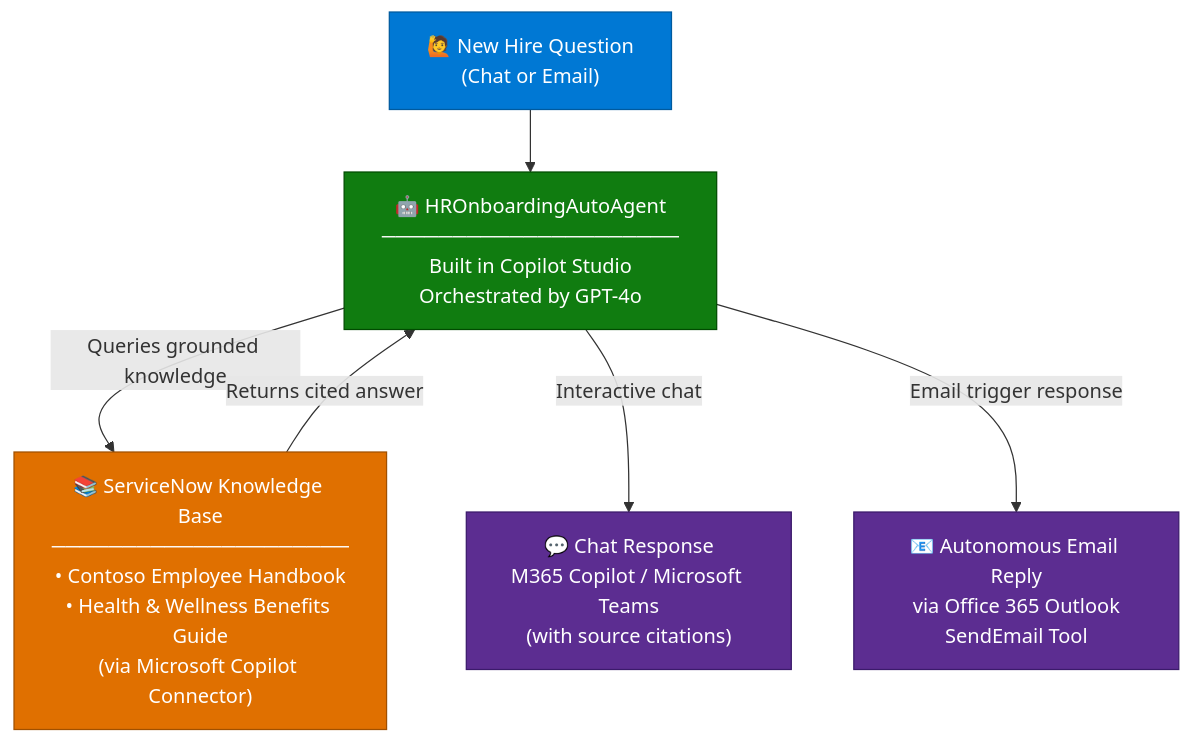
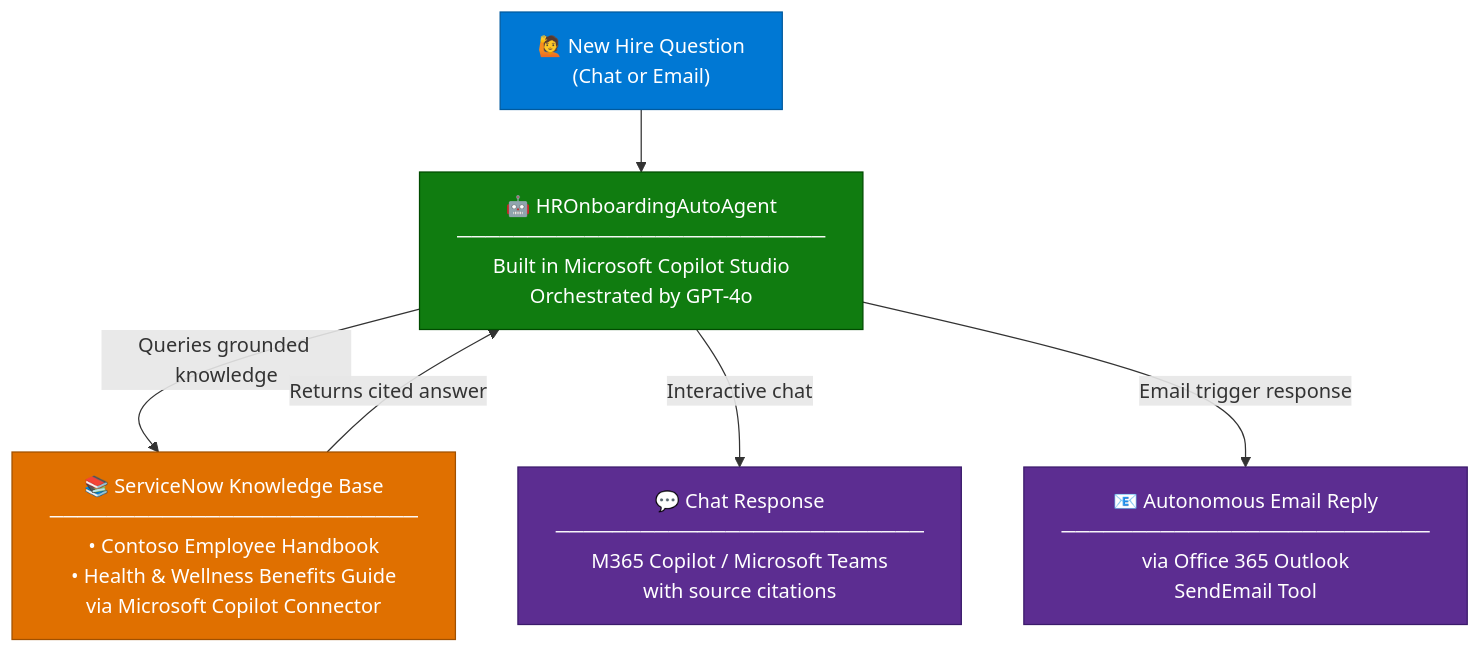
Before and after one commit to Seungjin-Ryu/Cloud-Accelerate-Factory-for-Agents-Runbooks: the diagram in 02-scenarios/HR-Onboarding-Agent/1. Overview.md, drawn with Mermaid.

Commit message:
Update 1. Overview.md

````diff
--- a/02-scenarios/HR-Onboarding-Agent/1. Overview.md
+++ b/02-scenarios/HR-Onboarding-Agent/1. Overview.md
@@ -56,24 +56,24 @@
 ```mermaid
 flowchart TD
-    A["🙋 New Hire Question\n(Chat or Email)"]
+    A["🙋 New Hire Question<br/>(Chat or Email)"]
 
-    B["🤖 HROnboardingAutoAgent\n─────────────────────\nBuilt in Copilot Studio\nOrchestrated by GPT-4o"]
+    B["🤖 HROnboardingAutoAgent<br/>──────────────────────────<br/>Built in Microsoft Copilot Studio<br/>Orchestrated by GPT-4o"]
 
-    C["📚 ServiceNow Knowledge Base\n─────────────────────\n• Contoso Employee Handbook\n• Health & Wellness Benefits Guide\n(via Microsoft Copilot Connector)"]
+    C["📚 ServiceNow Knowledge Base<br/>──────────────────────────<br/>• Contoso Employee Handbook<br/>• Health & Wellness Benefits Guide<br/>via Microsoft Copilot Connector"]
 
-    D1["💬 Chat Response\nM365 Copilot / Microsoft Teams\n(with source citations)"]
-    D2["📧 Autonomous Email Reply\nvia Office 365 Outlook\nSendEmail Tool"]
+    D1["💬 Chat Response<br/>──────────────────────────<br/>M365 Copilot / Microsoft Teams<br/>with source citations"]
+
+    D2["📧 Autonomous Email Reply<br/>──────────────────────────<br/>via Office 365 Outlook<br/>SendEmail Tool"]
 
     A --> B
     B -->|"Queries grounded knowledge"| C
     C -->|"Returns cited answer"| B
     B -->|"Interactive chat"| D1
     B -->|"Email trigger response"| D2
 
     style A fill:#0078D4,color:#fff,stroke:#005A9E
     style B fill:#107C10,color:#fff,stroke:#004B00
     style C fill:#E07000,color:#fff,stroke:#A05000
     style D1 fill:#5C2D91,color:#fff,stroke:#3B1A6B
     style D2 fill:#5C2D91,color:#fff,stroke:#3B1A6B
-
 ```
````
